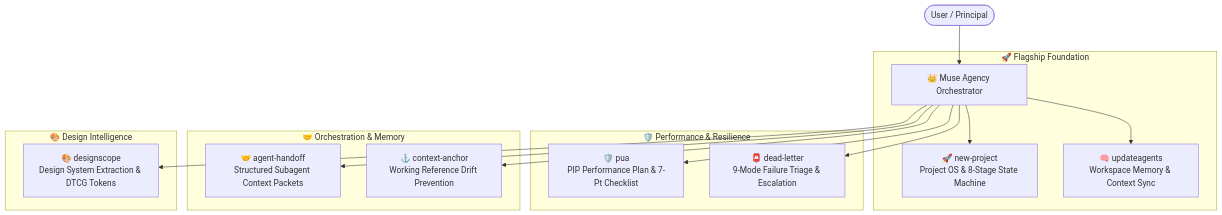
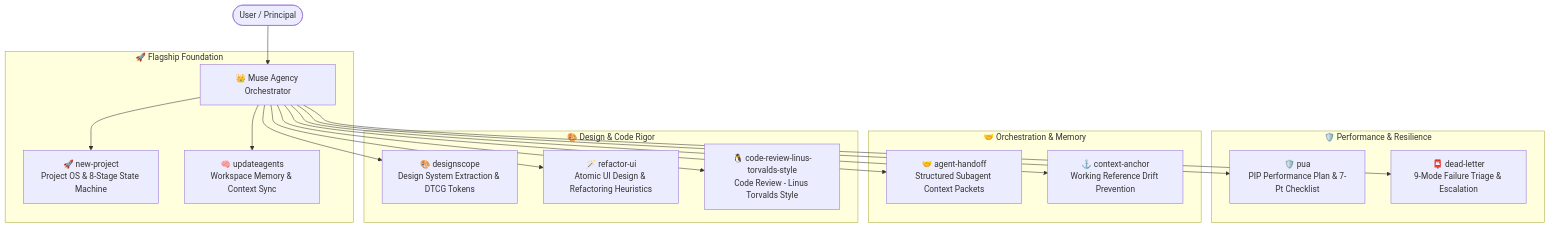
Before and after one commit to harshsinghmp/muse-skills: the second of 2 diagrams in README.md, drawn with Mermaid. The commit also changed other lines of this file and 27 other files, not shown here.

First line of the commit message:
feat(skills): add refactor-ui skill suite with Refactoring UI heuristics

````diff
--- a/README.md
+++ b/README.md
@@ -118,23 +129,25 @@
 ```mermaid
 graph TD
     User([User / Principal]) --> Muse[👑 Muse Agency Orchestrator]
     
     subgraph Flagship Suite [🚀 Flagship Foundation]
         Muse --> NP[🚀 new-project<br/>Project OS & 8-Stage State Machine]
         Muse --> UA[🧠 updateagents<br/>Workspace Memory & Context Sync]
     end
 
     subgraph Reliability Suite [🛡️ Performance & Resilience]
         Muse --> PUA[🛡️ pua<br/>PIP Performance Plan & 7-Pt Checklist]
         Muse --> DL[📮 dead-letter<br/>9-Mode Failure Triage & Escalation]
     end
 
     subgraph Multi-Agent Suite [🤝 Orchestration & Memory]
         Muse --> AH[🤝 agent-handoff<br/>Structured Subagent Context Packets]
         Muse --> CA[⚓ context-anchor<br/>Working Reference Drift Prevention]
     end
 
-    subgraph Design Suite [🎨 Design Intelligence]
+    subgraph Quality Suite [🎨 Design & Code Rigor]
         Muse --> DS[🎨 designscope<br/>Design System Extraction & DTCG Tokens]
+        Muse --> RU[🪄 refactor-ui<br/>Atomic UI Design & Refactoring Heuristics]
+        Muse --> LT[🐧 code-review-linus-torvalds-style<br/>Code Review - Linus Torvalds Style]
     end
 ```
````
